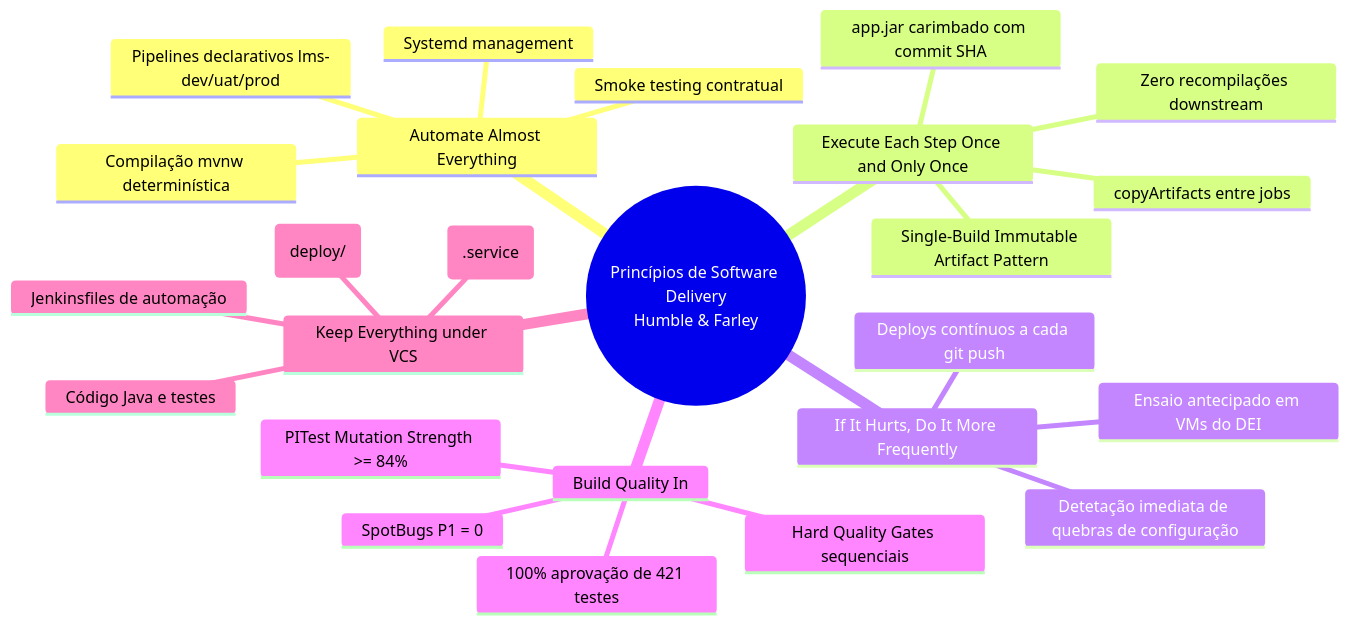
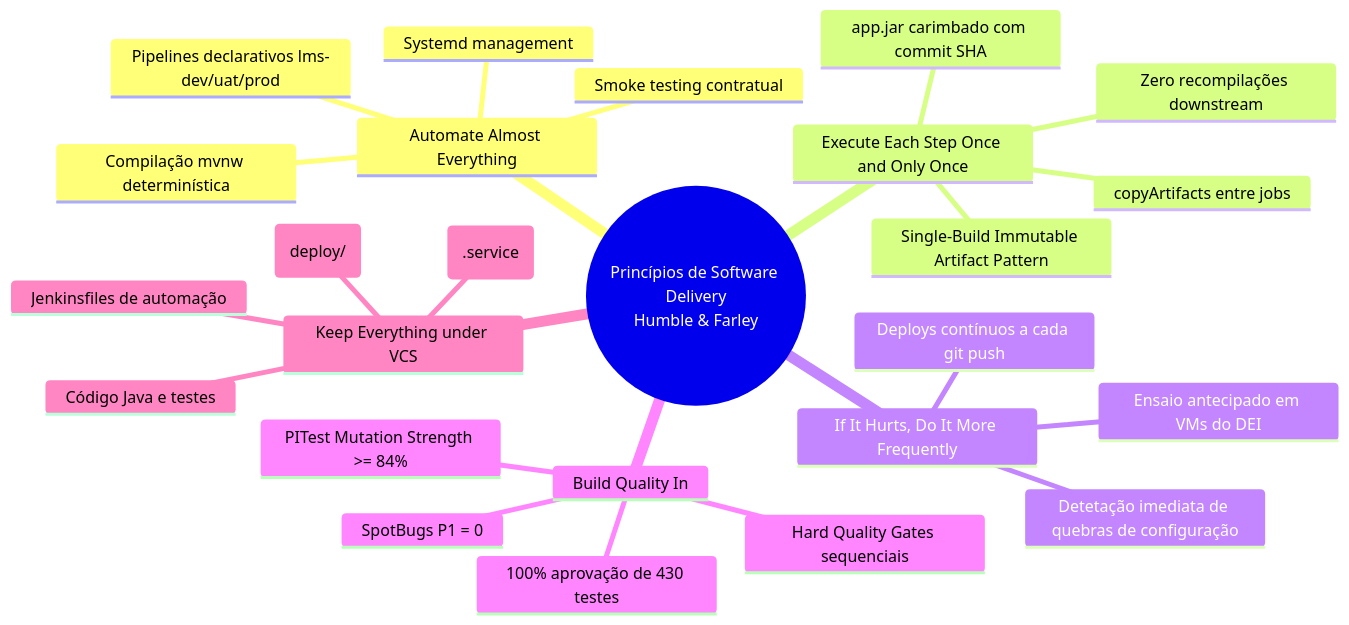
The fourth of 4 diagrams in Docs/ODSOFT/process-evaluation/process-evaluation-and-improvement.md (RafaelBrandao04/psoft-project-2026-1), drawn with Mermaid before and after one commit. The commit also changed other lines of this file and 18 other files, not shown here.

````diff
--- a/Docs/ODSOFT/process-evaluation/process-evaluation-and-improvement.md
+++ b/Docs/ODSOFT/process-evaluation/process-evaluation-and-improvement.md
@@ -257,33 +328,33 @@
 ```mermaid
 mindmap
   root((Princípios de Software Delivery<br/>Humble & Farley))
     Automate Almost Everything
       ::icon(fa fa-robot)
       Compilação mvnw determinística
       Pipelines declarativos lms-dev/uat/prod
       Systemd management
       Smoke testing contratual
     Execute Each Step Once and Only Once
       ::icon(fa fa-box)
       Single-Build Immutable Artifact Pattern
       app.jar carimbado com commit SHA
       copyArtifacts entre jobs
       Zero recompilações downstream
     If It Hurts, Do It More Frequently
       ::icon(fa fa-heartbeat)
       Deploys contínuos a cada git push
       Ensaio antecipado em VMs do DEI
       Detetação imediata de quebras de configuração
     Build Quality In
       ::icon(fa fa-shield-alt)
       Hard Quality Gates sequenciais
       SpotBugs P1 = 0
-      100% aprovação de 421 testes
+      100% aprovação de 430 testes
       PITest Mutation Strength >= 84%
     Keep Everything under VCS
       ::icon(fa fa-code-branch)
       Código Java e testes
       Scripts de infraestrutura (deploy/)
       Templates systemd (.service)
       Jenkinsfiles de automação
 ```
````
